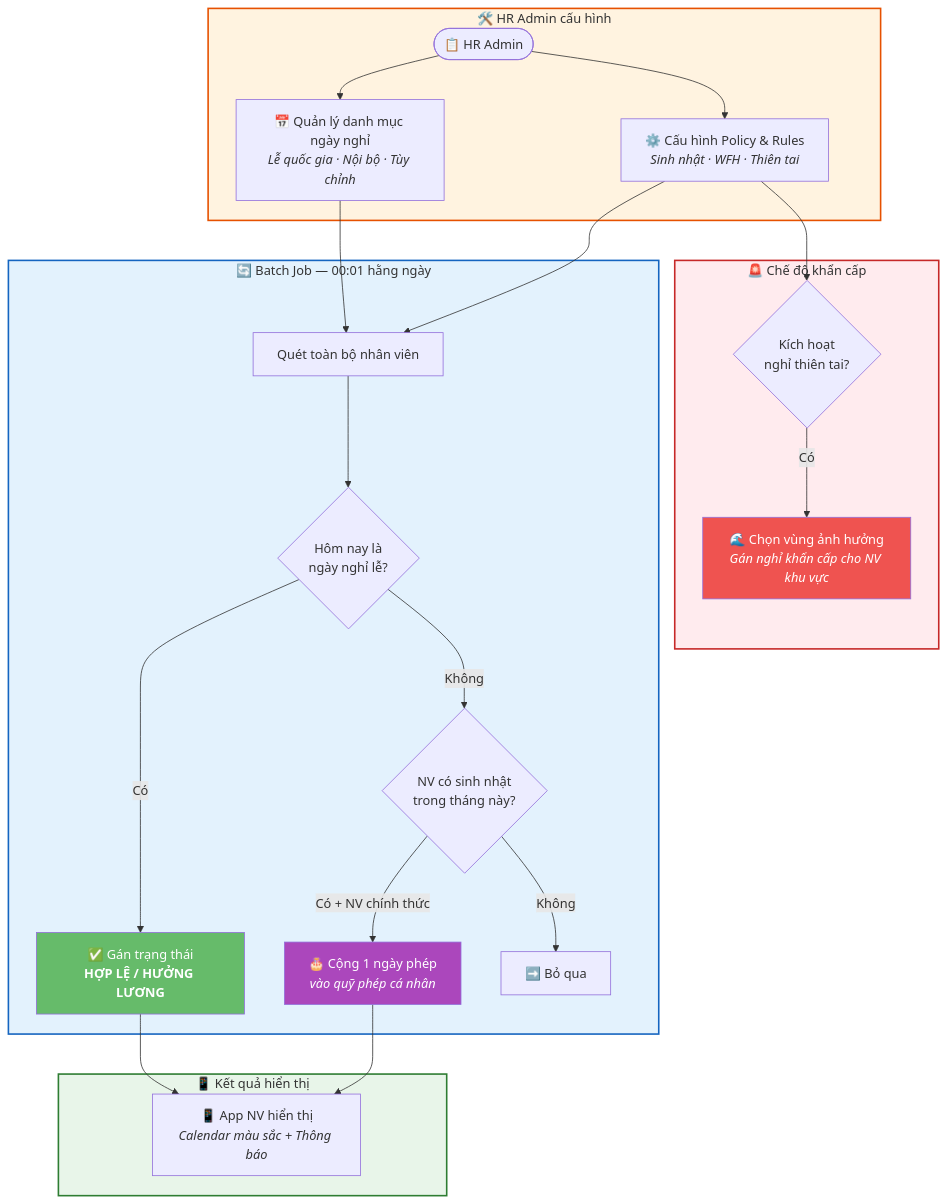
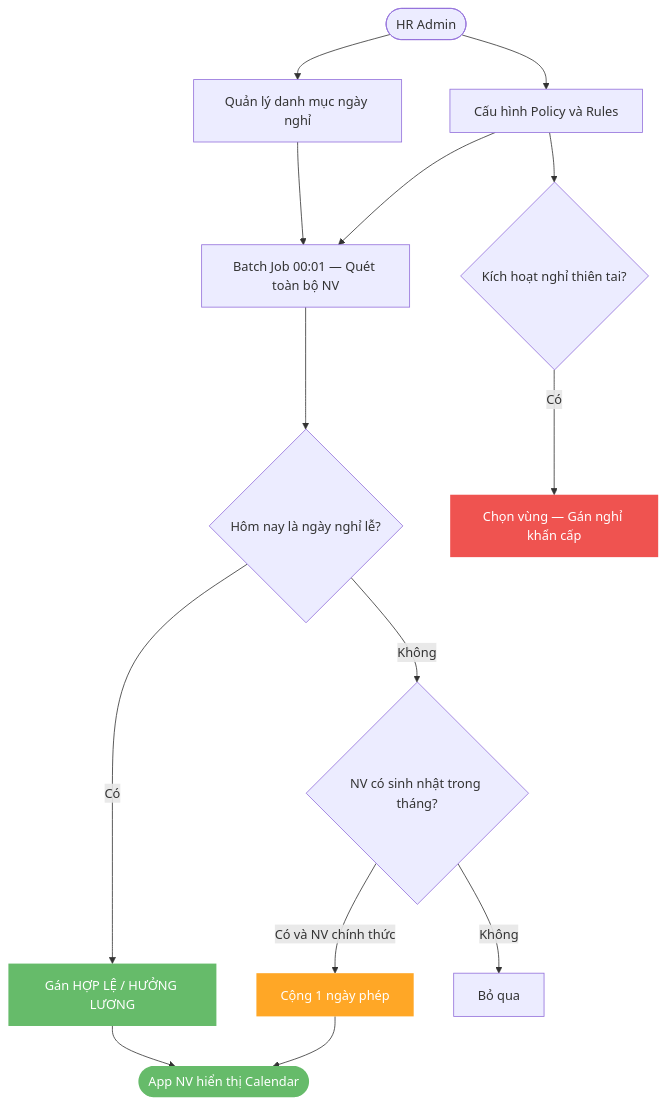
The first of 2 diagrams in outputs/mini-app-cham-cong/2.11-Mini-app/2.11.7.-Cấu-hình-lịch-nghỉ/README.md (olbboy/BA-Kit), drawn with Mermaid before and after one commit. The commit also changed other lines of this file and 5 other files, not shown here.

First line of the commit message:
style: simplify all Mermaid diagrams — clean professional look

````diff
--- a/outputs/mini-app-cham-cong/2.11-Mini-app/2.11.7.-Cấu-hình-lịch-nghỉ/README.md
+++ b/outputs/mini-app-cham-cong/2.11-Mini-app/2.11.7.-Cấu-hình-lịch-nghỉ/README.md
@@ -25,48 +25,22 @@
 ```mermaid
 graph TD
-    subgraph config [" 🛠️ HR Admin cấu hình "]
-        A(["📋 HR Admin"])
-        B["📅 Quản lý danh mục ngày nghỉ<br/><i>Lễ quốc gia · Nội bộ · Tùy chỉnh</i>"]
-        C["⚙️ Cấu hình Policy & Rules<br/><i>Sinh nhật · WFH · Thiên tai</i>"]
-    end
+    A([HR Admin]) --> B[Quản lý danh mục ngày nghỉ]
+    A --> C[Cấu hình Policy và Rules]
+    B & C --> D[Batch Job 00:01 — Quét toàn bộ NV]
+    D --> E{Hôm nay là ngày nghỉ lễ?}
+    E -->|Có| F[Gán HỢP LỆ / HƯỞNG LƯƠNG]
+    E -->|Không| G{NV có sinh nhật trong tháng?}
+    G -->|Có và NV chính thức| H[Cộng 1 ngày phép]
+    G -->|Không| I[Bỏ qua]
+    F & H --> J([App NV hiển thị Calendar])
+    C --> K{Kích hoạt nghỉ thiên tai?}
+    K -->|Có| L[Chọn vùng — Gán nghỉ khẩn cấp]
 
-    subgraph batch [" 🔄 Batch Job — 00:01 hằng ngày "]
-        D["Quét toàn bộ nhân viên"]
-        E{"Hôm nay là<br/>ngày nghỉ lễ?"}
-        F["✅ Gán trạng thái<br/><b>HỢP LỆ / HƯỞNG LƯƠNG</b>"]
-        G{"NV có sinh nhật<br/>trong tháng này?"}
-        H["🎂 Cộng 1 ngày phép<br/><i>vào quỹ phép cá nhân</i>"]
-        I["➡️ Bỏ qua"]
-    end
+    classDef ok fill:#66BB6A,color:#fff,stroke-width:0
+    classDef warn fill:#FFA726,color:#fff,stroke-width:0
+    classDef fail fill:#EF5350,color:#fff,stroke-width:0
 
-    subgraph output [" 📱 Kết quả hiển thị "]
-        J["📱 App NV hiển thị<br/><i>Calendar màu sắc + Thông báo</i>"]
-    end
-
-    subgraph emergency [" 🚨 Chế độ khẩn cấp "]
-        K{"Kích hoạt<br/>nghỉ thiên tai?"}
-        L["🌊 Chọn vùng ảnh hưởng<br/><i>Gán nghỉ khẩn cấp cho NV khu vực</i>"]
-    end
-
-    A --> B & C
-    B & C --> D --> E
-    E -->|"Có"| F
-    E -->|"Không"| G
-    G -->|"Có + NV chính thức"| H
-    G -->|"Không"| I
-    F & H --> J
-    C --> K -->|"Có"| L
-
-    style config fill:#FFF3E0,stroke:#E65100,stroke-width:2px
-    style batch fill:#E3F2FD,stroke:#1565C0,stroke-width:2px
-    style output fill:#E8F5E9,stroke:#2E7D32,stroke-width:2px
-    style emergency fill:#FFEBEE,stroke:#C62828,stroke-width:2px
-
-    classDef ok fill:#66BB6A,color:#fff
-    classDef special fill:#AB47BC,color:#fff
-    classDef danger fill:#EF5350,color:#fff
-
-    class F ok
-    class H special
-    class L danger
+    class F,J ok
+    class H warn
+    class L fail
 ```
````
